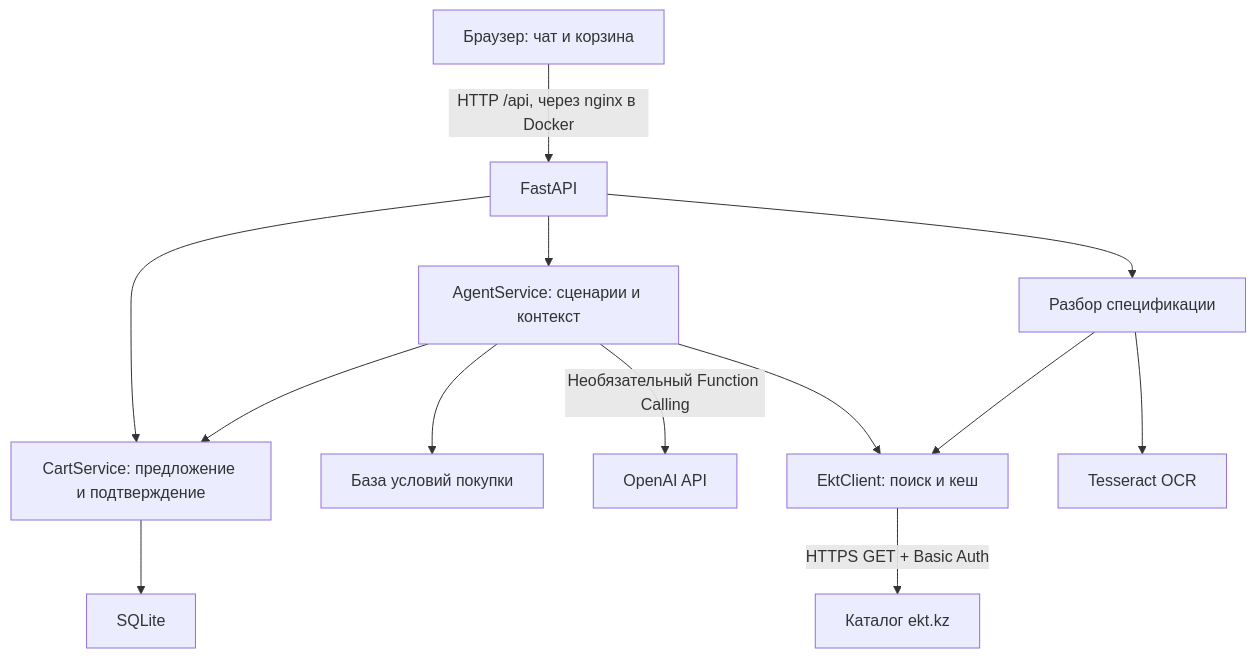
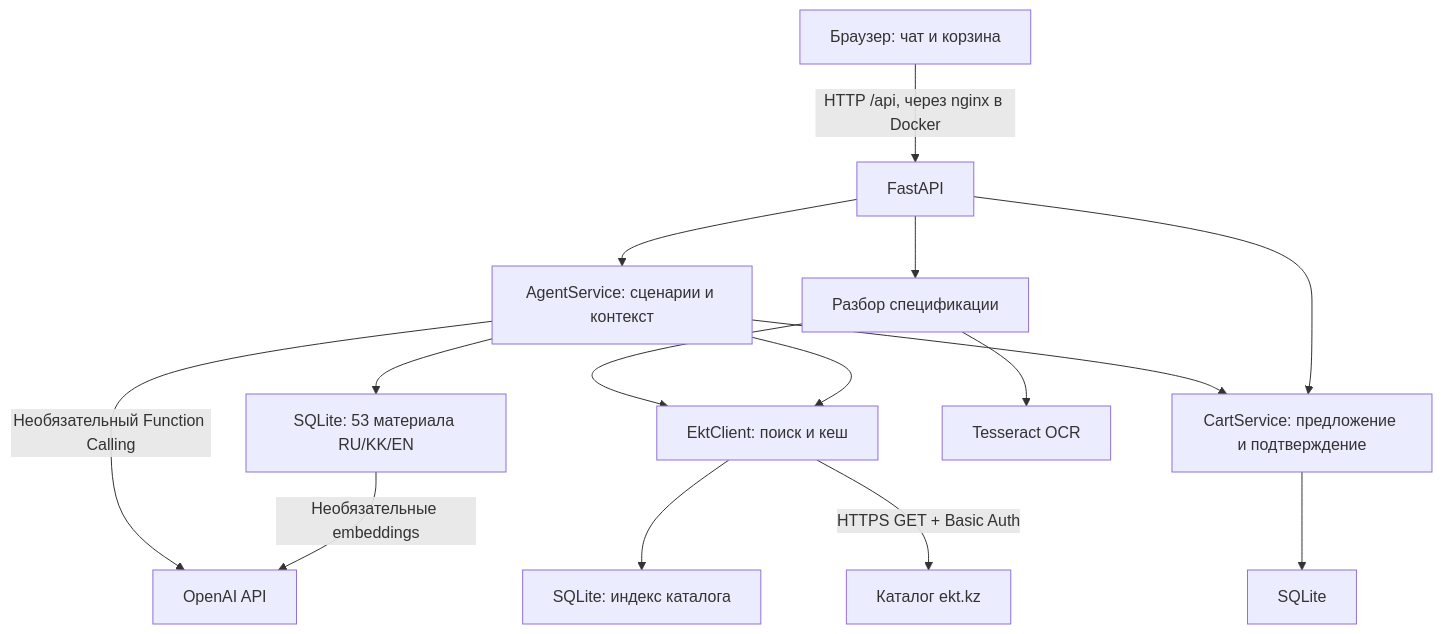
One commit to BAITC-Hacks/hack-80299a21-nexis changed the diagram in README.md. Above: the diagram before and after it, drawn with Mermaid. The commit also changed other lines of this file and 46 other files, not shown here.

Commit message:
feat(backend): add multilingual grounded agent, persistent RAG and catalog index

```diff
--- a/README.md
+++ b/README.md
@@ -73,15 +75,17 @@
 ~~~mermaid
 flowchart TD
     UI["Браузер: чат и корзина"] -->|"HTTP /api, через nginx в Docker"| API["FastAPI"]
     API --> Agent["AgentService: сценарии и контекст"]
     Agent --> Catalog["EktClient: поиск и кеш"]
+    Catalog --> CatalogDB["SQLite: индекс каталога"]
     Catalog -->|"HTTPS GET + Basic Auth"| EKT["Каталог ekt.kz"]
-    Agent --> KB["База условий покупки"]
+    Agent --> KB["SQLite: 53 материала RU/KK/EN"]
+    KB -->|"Необязательные embeddings"| LLM["OpenAI API"]
     Agent -->|"Необязательный Function Calling"| LLM["OpenAI API"]
     API --> Cart["CartService: предложение и подтверждение"]
     Agent --> Cart
     Cart --> DB["SQLite"]
     API --> Parser["Разбор спецификации"]
     Parser --> Catalog
     Parser --> OCR["Tesseract OCR"]
 ~~~
```
